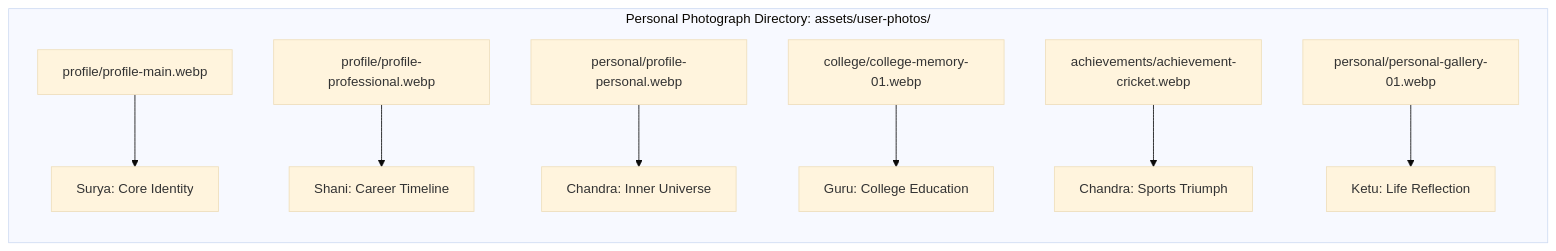
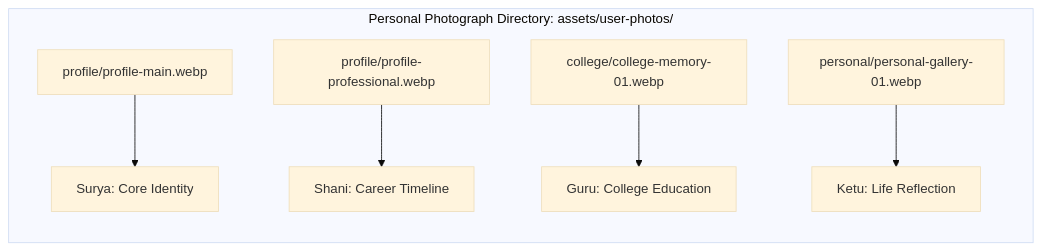
One commit to Rudra130/rudra-portfolio changed the diagram in docs/design/ASSET_MAPPING.md. Above: the diagram before and after it, drawn with Mermaid (base theme). The commit also changed other lines of this file and 18 other files, not shown here.

Commit message:
docs: synchronize README, architecture, design, and roadmap with current 8-world Keplerian solar system

````diff
--- a/docs/design/ASSET_MAPPING.md
+++ b/docs/design/ASSET_MAPPING.md
@@ -37,11 +37,9 @@
 ```mermaid
 graph LR
     subgraph Photo_Assets [Personal Photograph Directory: assets/user-photos/]
         P1["profile/profile-main.webp"] --> SuryaWorld[Surya: Core Identity]
         P2["profile/profile-professional.webp"] --> ShaniWorld[Shani: Career Timeline]
-        P3["personal/profile-personal.webp"] --> ChandraWorld[Chandra: Inner Universe]
         P4["college/college-memory-01.webp"] --> GuruWorld[Guru: College Education]
-        P5["achievements/achievement-cricket.webp"] --> ChandraWorld2[Chandra: Sports Triumph]
         P6["personal/personal-gallery-01.webp"] --> KetuWorld[Ketu: Life Reflection]
     end
 ```
````
